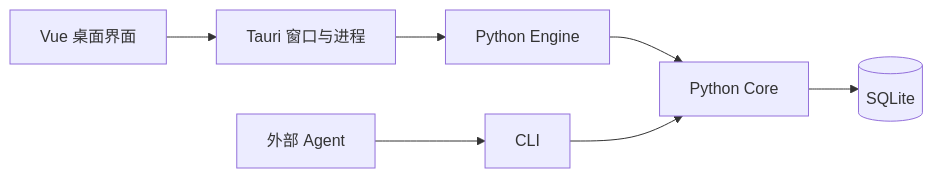
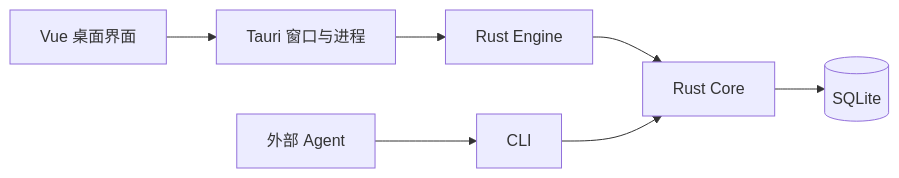
The diagram in README.md (wssuifeng/studyflow), drawn with Mermaid before and after one commit. The commit also changed other lines of this file and 555 other files, not shown here.

````diff
--- a/README.md
+++ b/README.md
@@ -46,9 +46,9 @@
 ```mermaid
 flowchart LR
   UI[Vue 桌面界面] --> Tauri[Tauri 窗口与进程]
-  Tauri --> Engine[Python Engine]
+  Tauri --> Engine[Rust Engine]
   Agent[外部 Agent] --> CLI[CLI]
-  Engine --> Core[Python Core]
+  Engine --> Core[Rust Core]
   CLI --> Core
   Core --> DB[(SQLite)]
 ```
````
